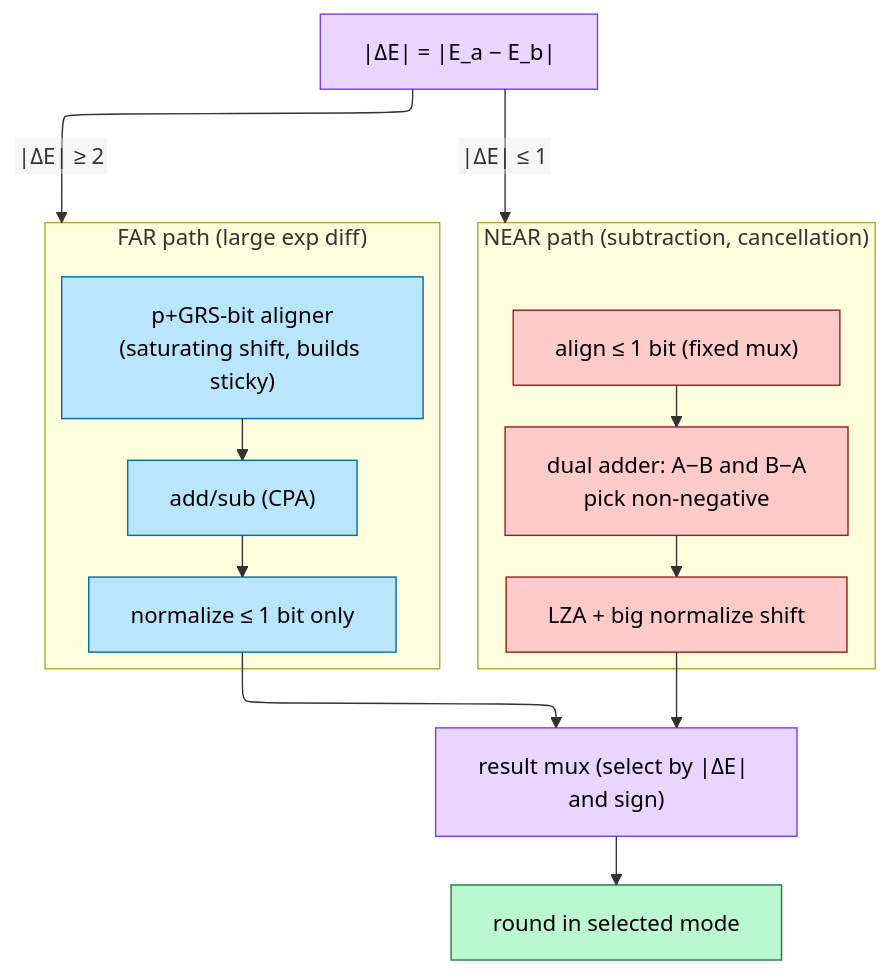
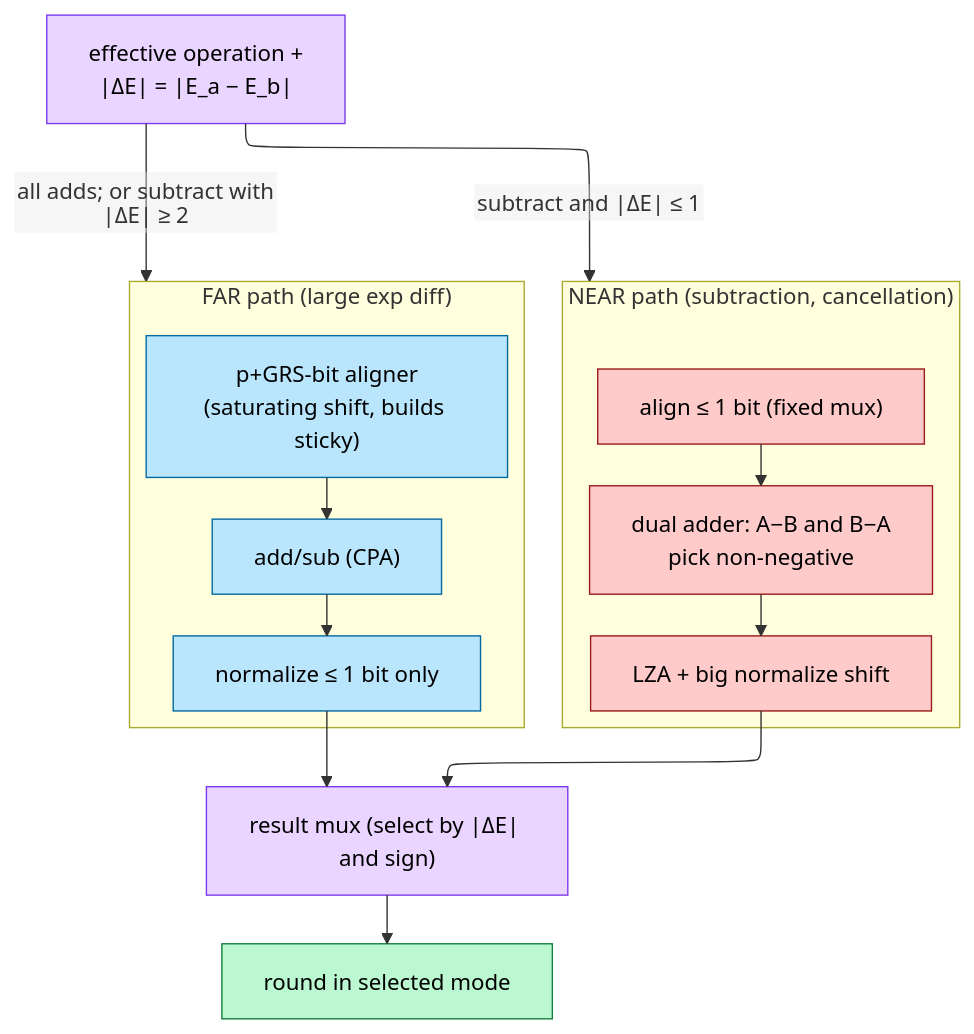
The ninth of 18 diagrams in L2_Digital_Design_for_AI/02_FP_Unit_Design.md (Wty2003328/ai_infra_intro), drawn with Mermaid before and after one commit. The commit also changed other lines of this file and 3 other files, not shown here.

````diff
--- a/L2_Digital_Design_for_AI/02_FP_Unit_Design.md
+++ b/L2_Digital_Design_for_AI/02_FP_Unit_Design.md
@@ -700,28 +815,28 @@
 ```mermaid
 %%{init: {"flowchart": {"defaultRenderer": "elk", "nodeSpacing": 55, "rankSpacing": 50, "htmlLabels": false}}}%%
 flowchart TB
-    DE["|ΔE| = |E_a − E_b|"]:::ctl
-    DE -->|"|ΔE| ≤ 1"| NEAR
-    DE -->|"|ΔE| ≥ 2"| FAR
+    DE["effective operation +<br/>|ΔE| = |E_a − E_b|"]:::ctl
+    DE -->|"subtract and |ΔE| ≤ 1"| NEAR
+    DE -->|"all adds; or subtract with |ΔE| ≥ 2"| FAR
     subgraph NEAR["NEAR path (subtraction, cancellation)"]
         direction TB
         NA["align ≤ 1 bit (fixed mux)"]:::near
         NADD["dual adder: A−B and B−A<br/>pick non-negative"]:::near
         NLZA["LZA + big normalize shift"]:::near
         NA --> NADD --> NLZA
     end
     subgraph FAR["FAR path (large exp diff)"]
         direction TB
         FA["p+GRS-bit aligner<br/>(saturating shift, builds sticky)"]:::far
         FADD["add/sub (CPA)"]:::far
         FN["normalize ≤ 1 bit only"]:::far
         FA --> FADD --> FN
     end
     NLZA --> MUX["result mux (select by |ΔE| and sign)"]:::ctl
     FN --> MUX
     MUX --> RND["round in selected mode"]:::rnd
     classDef ctl fill:#e9d5ff,stroke:#7c3aed,color:#000
     classDef near fill:#fecaca,stroke:#991b1b,color:#000
     classDef far fill:#bae6fd,stroke:#0369a1,color:#000
     classDef rnd fill:#bbf7d0,stroke:#15803d,color:#000
 ```
````
